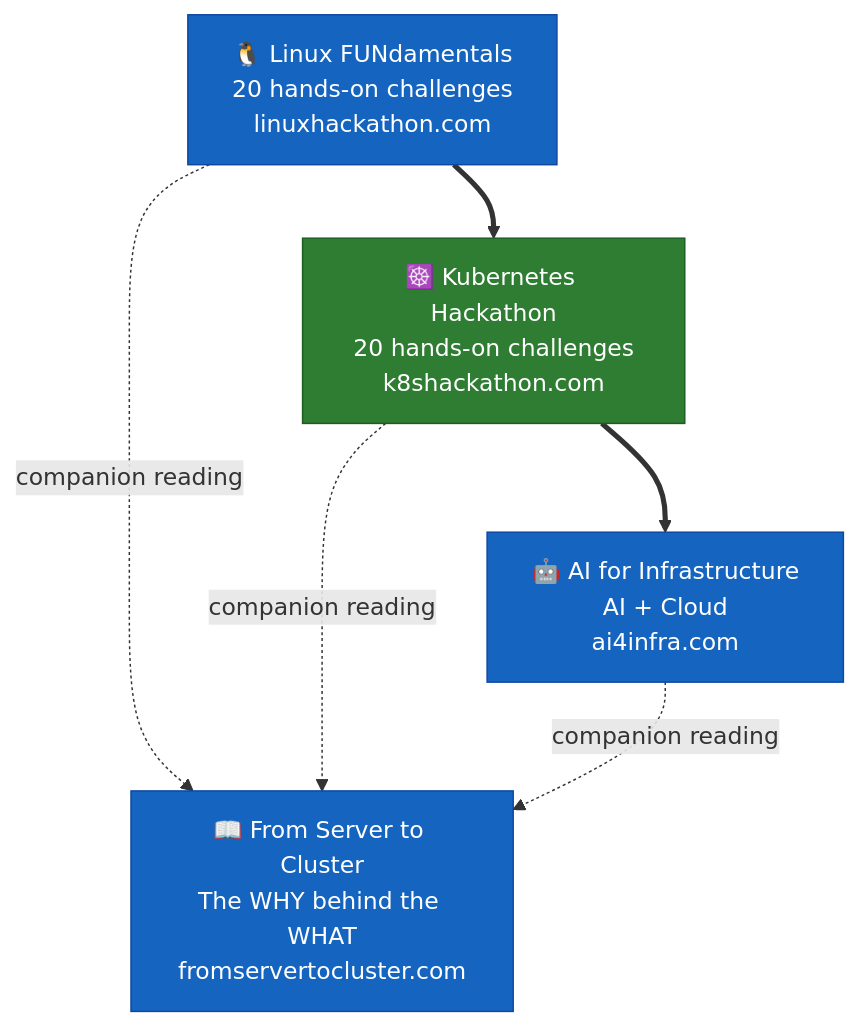
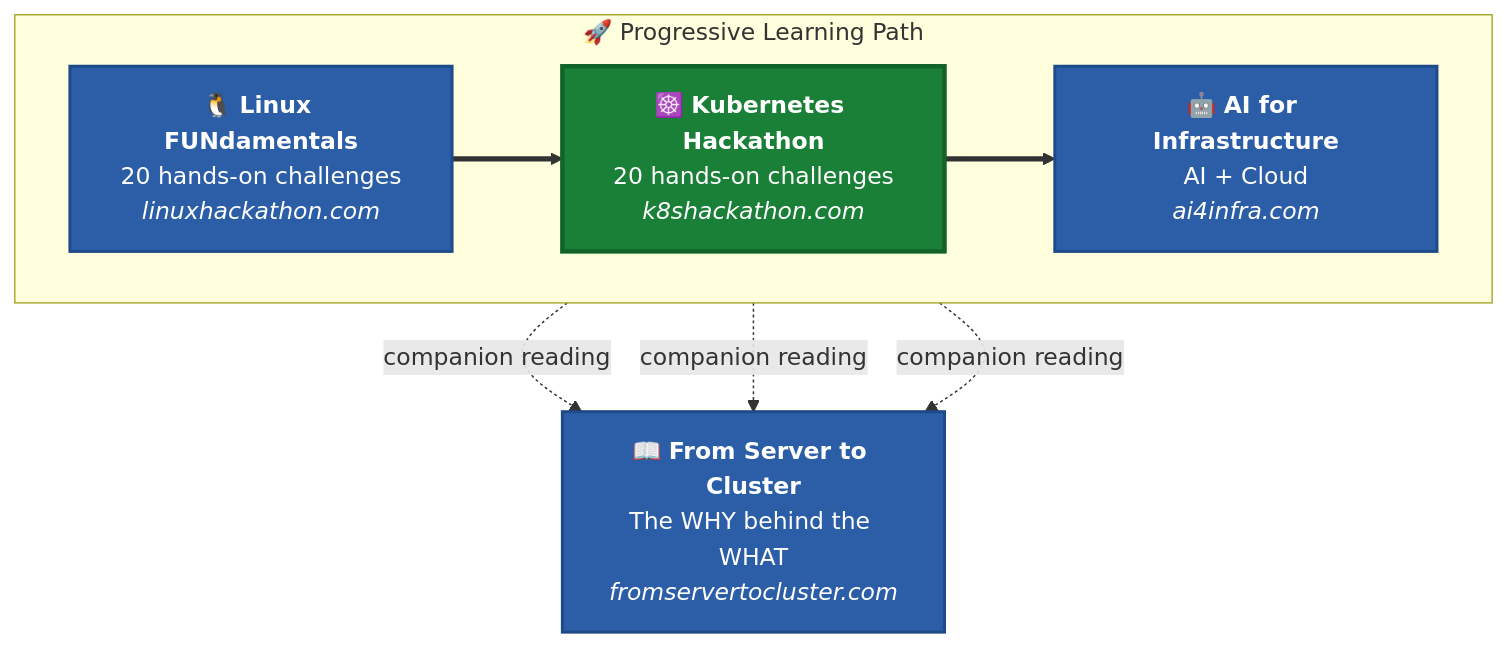
Before and after one commit to ricmmartins/fasthack-kubernetes: the diagram in README.md, drawn with Mermaid.

Commit message:
feat: match Mermaid diagram style from from-server-to-cluster repo
Use subgraph, classDef, HTML labels, and click links matching
the same pattern used in the from-server-to-cluster ecosystem diagram.

````diff
--- a/README.md
+++ b/README.md
@@ -28,17 +28,25 @@
 ```mermaid
-flowchart TD
-    A["🐧 Linux FUNdamentals\n20 hands-on challenges\nlinuxhackathon.com"]
-    B["☸️ Kubernetes Hackathon\n20 hands-on challenges\nk8shackathon.com"]
-    C["🤖 AI for Infrastructure\nAI + Cloud\nai4infra.com"]
-    D["📖 From Server to Cluster\nThe WHY behind the WHAT\nfromservertocluster.com"]
+flowchart TB
+    subgraph journey["🚀 Progressive Learning Path"]
+        direction LR
+        A["🐧 <b>Linux FUNdamentals</b><br/>20 hands-on challenges<br/><i>linuxhackathon.com</i>"] ==> B["☸️ <b>Kubernetes Hackathon</b><br/>20 hands-on challenges<br/><i>k8shackathon.com</i>"] ==> C["🤖 <b>AI for Infrastructure</b><br/>AI + Cloud<br/><i>ai4infra.com</i>"]
+    end
 
-    A ==> B ==> C
     A -.->|companion reading| D
     B -.->|companion reading| D
     C -.->|companion reading| D
 
-    style A fill:#1565C0,stroke:#0D47A1,color:#fff
-    style B fill:#2E7D32,stroke:#1B5E20,color:#fff
-    style C fill:#1565C0,stroke:#0D47A1,color:#fff
-    style D fill:#1565C0,stroke:#0D47A1,color:#fff
+    D["📖 <b>From Server to Cluster</b><br/>The WHY behind the WHAT<br/><i>fromservertocluster.com</i>"]
+
+    classDef challenge fill:#2b5ea7,stroke:#1e4a8a,color:#fff,stroke-width:2px
+    classDef hackathon fill:#1a7f37,stroke:#116329,color:#fff,stroke-width:3px
+
+    class A,C challenge
+    class B hackathon
+    class D challenge
+
+    click A "https://linuxhackathon.com" _blank
+    click B "https://k8shackathon.com" _blank
+    click C "https://ai4infra.com" _blank
+    click D "https://fromservertocluster.com" _blank
 ```
````
